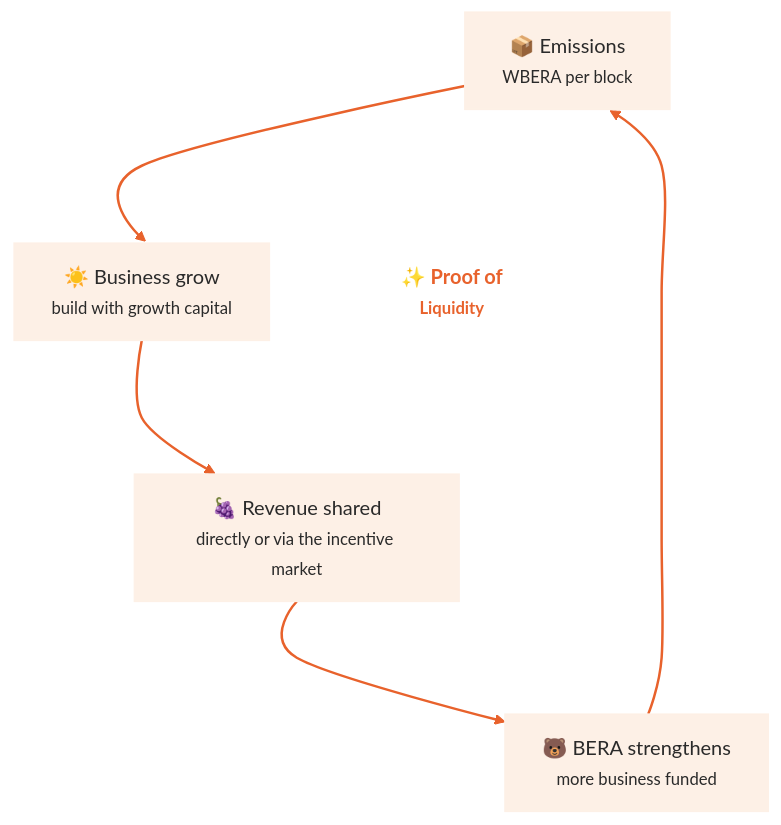
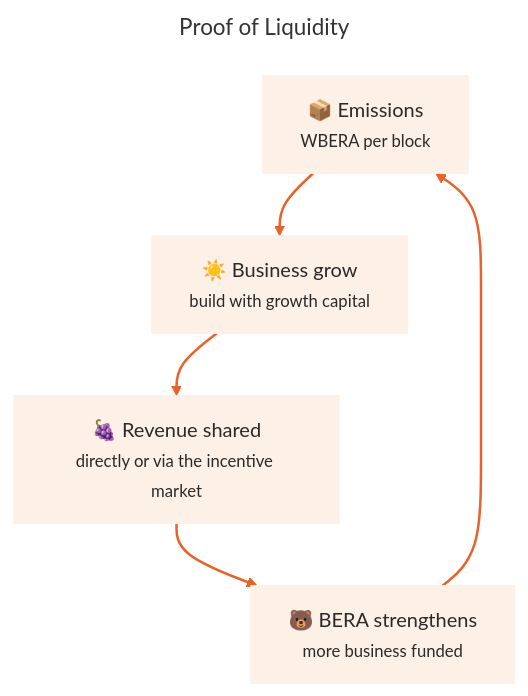
One commit to berachain/docs changed the diagram in general/introduction/what-is-proof-of-liquidity.mdx. Above: the diagram before and after it, drawn with Mermaid.

Commit message:
Updated mintlify pages
- Updated general/introduction/what-is-proof-of-liquidity.mdx

Mintlify-Source: dashboard-editor

````diff
--- a/general/introduction/what-is-proof-of-liquidity.mdx
+++ b/general/introduction/what-is-proof-of-liquidity.mdx
@@ -12,28 +12,26 @@
 ```mermaid actions={false}
-%%{init: {'flowchart': {'curve': 'cardinal', 'nodeSpacing': 90, 'rankSpacing': 90}}}%%
+---
+title: Proof of Liquidity
+---
+%%{init: {'flowchart': {'curve': 'basis'}}}%%
 flowchart TB
     Emissions["📦 Emissions<br/><small>WBERA per block</small>"]:::pill
 
     BERA["🐻 BERA strengthens<br/><small>more business funded</small>"]:::pill
-    POL((("✨ Proof of<br/><small>Liquidity</small>"))):::center
     Business["☀️ Business grow<br/><small>build with growth capital</small>"]:::pill
 
     Revenue["🍇 Revenue shared<br/><small>directly or via the incentive market</small>"]:::pill
 
     Emissions --> Business
     Business --> Revenue
     Revenue --> BERA
     BERA --> Emissions
 
-    Emissions ~~~ BERA
-    Emissions ~~~ POL
-    POL ~~~ Revenue
+    BERA ~~~ Business
 
     classDef pill fill:#fdf0e6,stroke:#fdf0e6,color:#2a2a2a
-    classDef center fill:none,stroke:none,color:#e8622c,font-weight:bold
     class Emissions,BERA,Business,Revenue pill
-    class POL center
 
     linkStyle 0,1,2,3 stroke:#e8622c,stroke-width:2px
-    linkStyle 4,5,6 stroke:none
+    linkStyle 4 stroke:none
 ```
````
